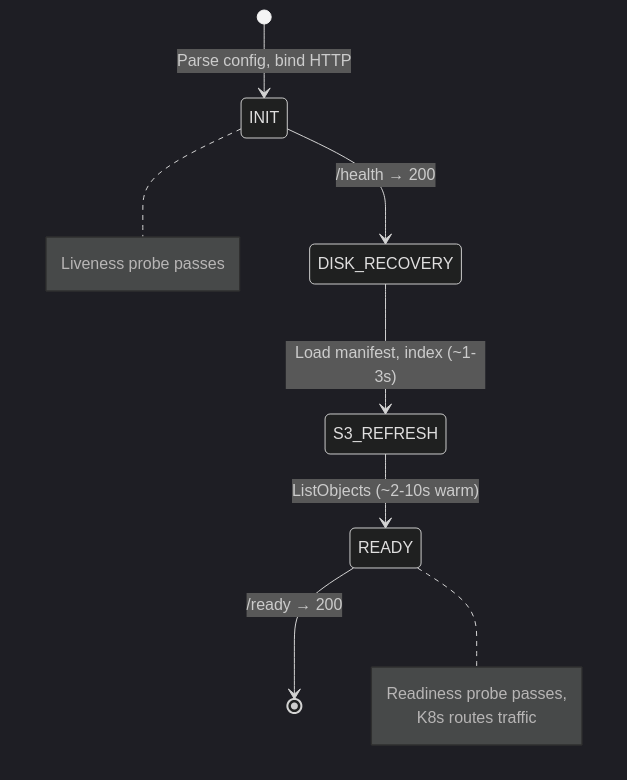
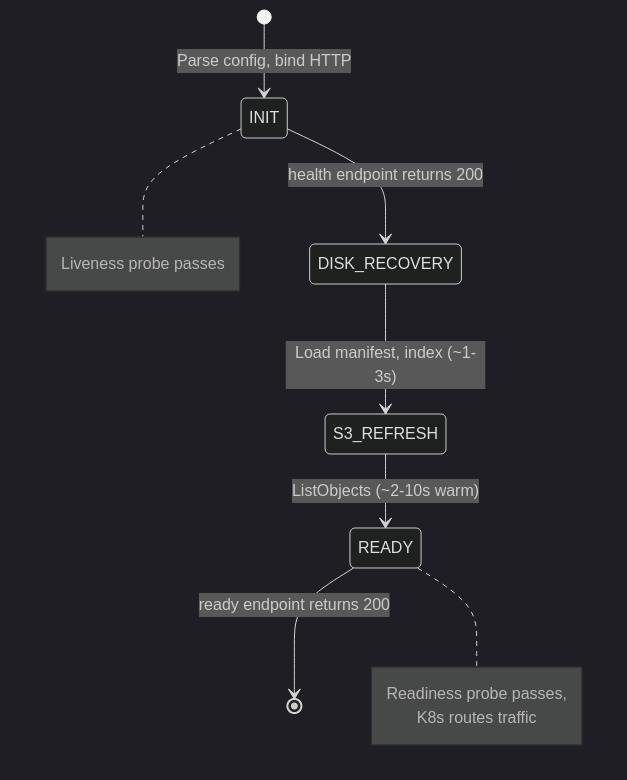
One commit to ReliablyObserve/victoria-lakehouse changed the first of 3 diagrams in docs/operations.md. Above: the diagram before and after it, drawn with Mermaid (dark theme). The commit also changed 84 other files, not shown here.

````diff
--- a/docs/operations.md
+++ b/docs/operations.md
@@ -23,11 +23,11 @@
 ```mermaid
 stateDiagram-v2
     [*] --> INIT: Parse config, bind HTTP
-    INIT --> DISK_RECOVERY: /health → 200
+    INIT --> DISK_RECOVERY: health endpoint returns 200
     DISK_RECOVERY --> S3_REFRESH: Load manifest, index (~1-3s)
     S3_REFRESH --> READY: ListObjects (~2-10s warm)
-    READY --> [*]: /ready → 200
+    READY --> [*]: ready endpoint returns 200
 
     note right of INIT: Liveness probe passes
     note right of READY: Readiness probe passes,<br/>K8s routes traffic
 ```
````
